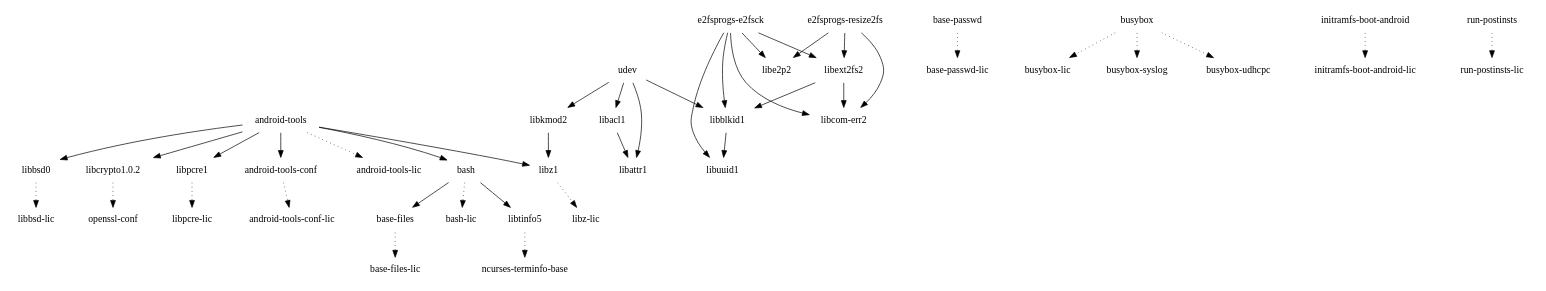
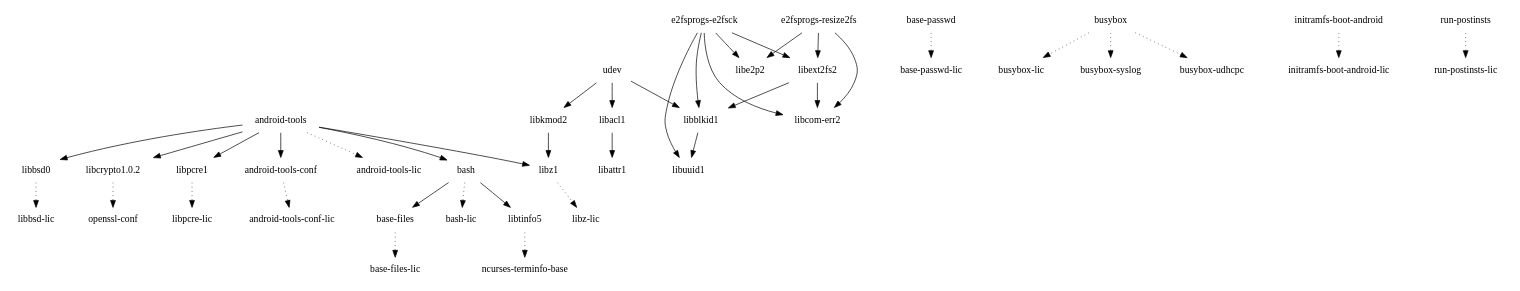
Before and after one commit to webOS-ports/buildhistory: the diagram in images/hammerhead/glibc/initramfs-android-image/depends-nokernel-nolibc-noupdate-nomodules.dot, drawn with Graphviz. The commit also changed 19 other files, not shown here.

```diff
--- a/images/hammerhead/glibc/initramfs-android-image/depends-nokernel-nolibc-noupdate-nomodules.dot
+++ b/images/hammerhead/glibc/initramfs-android-image/depends-nokernel-nolibc-noupdate-nomodules.dot
@@ -1,43 +1,42 @@
 digraph depends {
     node [shape=plaintext]
 "android-tools" -> "android-tools-conf"
 "android-tools" -> "android-tools-lic" [style=dotted]
 "android-tools" -> "bash"
 "android-tools-conf" -> "android-tools-conf-lic" [style=dotted]
 "android-tools" -> "libbsd0"
 "android-tools" -> "libcrypto1.0.2"
 "android-tools" -> "libpcre1"
 "android-tools" -> "libz1"
 "base-files" -> "base-files-lic" [style=dotted]
 "base-passwd" -> "base-passwd-lic" [style=dotted]
 "bash" -> "base-files"
 "bash" -> "bash-lic" [style=dotted]
 "bash" -> "libtinfo5"
 "busybox" -> "busybox-lic" [style=dotted]
 "busybox" -> "busybox-syslog" [style=dotted]
 "busybox" -> "busybox-udhcpc" [style=dotted]
 "e2fsprogs-e2fsck" -> "libblkid1"
 "e2fsprogs-e2fsck" -> "libcom-err2"
 "e2fsprogs-e2fsck" -> "libe2p2"
 "e2fsprogs-e2fsck" -> "libext2fs2"
 "e2fsprogs-e2fsck" -> "libuuid1"
 "e2fsprogs-resize2fs" -> "libcom-err2"
 "e2fsprogs-resize2fs" -> "libe2p2"
 "e2fsprogs-resize2fs" -> "libext2fs2"
 "initramfs-boot-android" -> "initramfs-boot-android-lic" [style=dotted]
 "libacl1" -> "libattr1"
 "libblkid1" -> "libuuid1"
 "libbsd0" -> "libbsd-lic" [style=dotted]
 "libcrypto1.0.2" -> "openssl-conf" [style=dotted]
 "libext2fs2" -> "libblkid1"
 "libext2fs2" -> "libcom-err2"
 "libkmod2" -> "libz1"
 "libpcre1" -> "libpcre-lic" [style=dotted]
 "libtinfo5" -> "ncurses-terminfo-base" [style=dotted]
 "libz1" -> "libz-lic" [style=dotted]
 "run-postinsts" -> "run-postinsts-lic" [style=dotted]
 "udev" -> "libacl1"
-"udev" -> "libattr1"
 "udev" -> "libblkid1"
 "udev" -> "libkmod2"
 }
```
